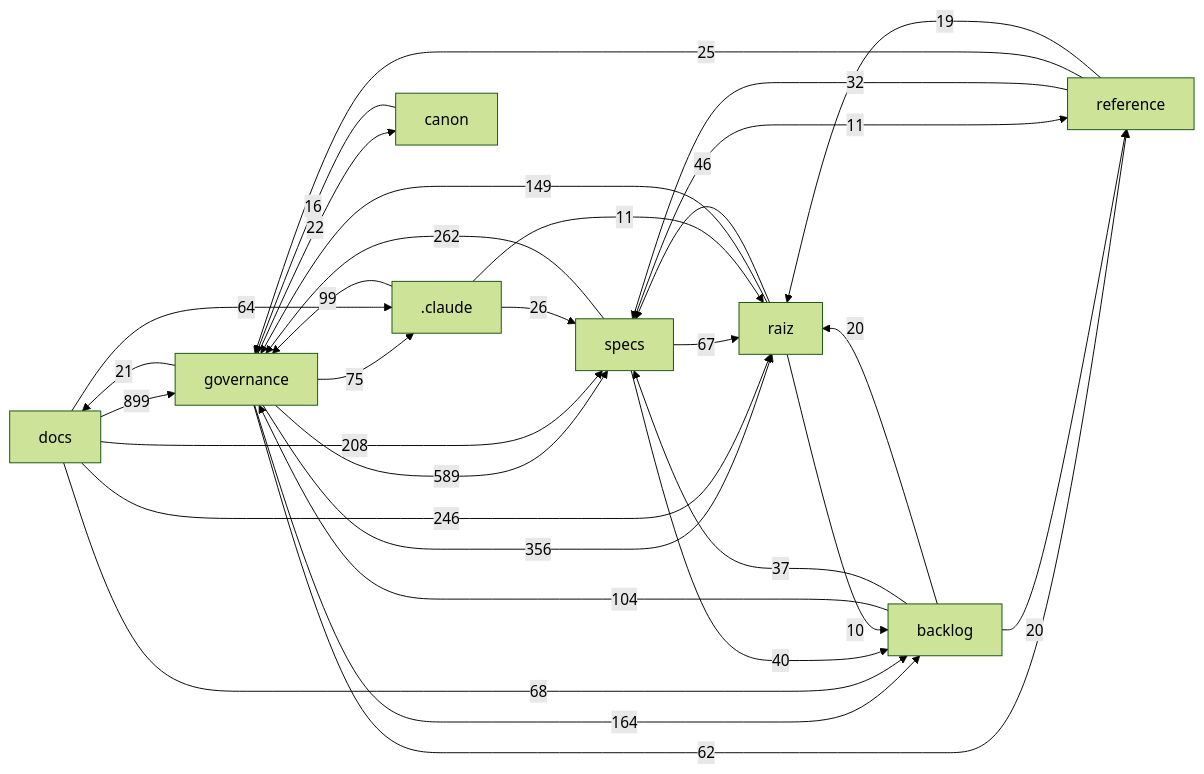
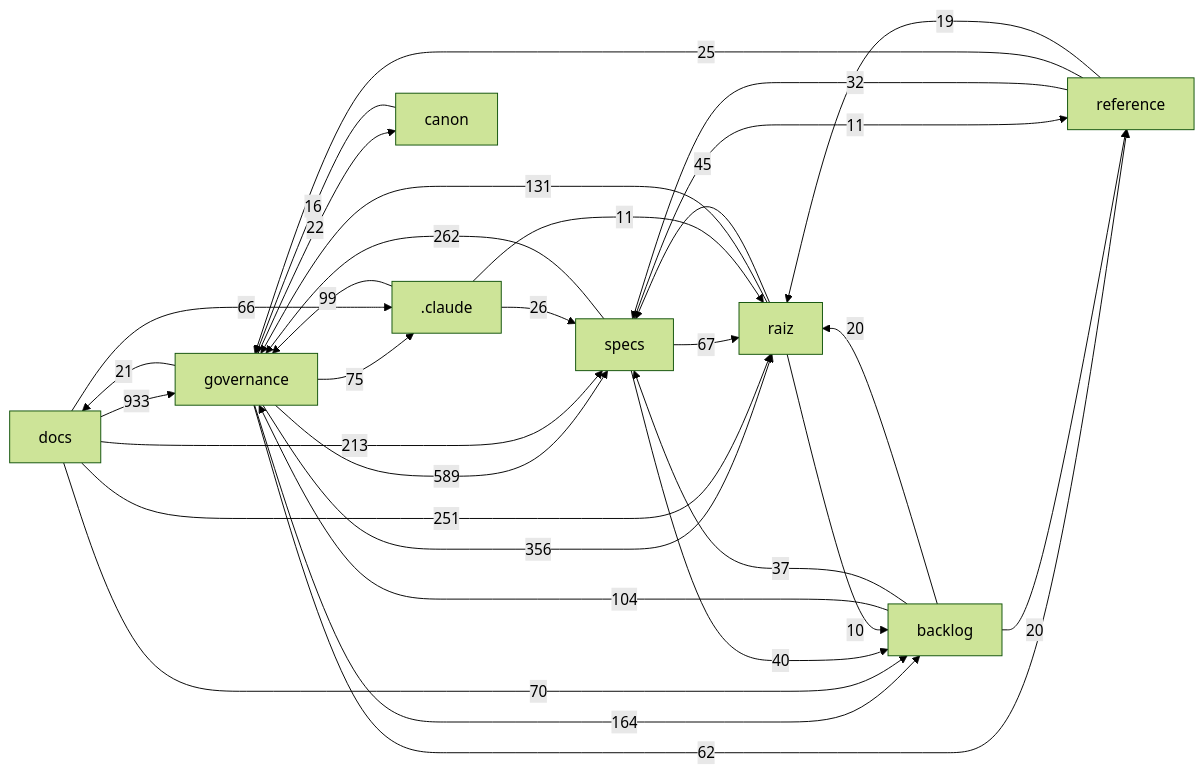
Before and after one commit to Andraus35/Sistema-Operacional-de-Trading--SOT: the diagram in docs/mapa/MAPA-PROJETO.md, drawn with Mermaid (forest theme). The commit also changed other lines of this file and 3 other files, not shown here.

````diff
--- a/docs/mapa/MAPA-PROJETO.md
+++ b/docs/mapa/MAPA-PROJETO.md
@@ -29,33 +29,33 @@
 ```mermaid
 flowchart LR
-  docs["docs"] -->|899| governance["governance"]
+  docs["docs"] -->|933| governance["governance"]
   governance["governance"] -->|589| specs["specs"]
   governance["governance"] -->|356| raiz["raiz"]
   specs["specs"] -->|262| governance["governance"]
-  docs["docs"] -->|246| raiz["raiz"]
-  docs["docs"] -->|208| specs["specs"]
+  docs["docs"] -->|251| raiz["raiz"]
+  docs["docs"] -->|213| specs["specs"]
   governance["governance"] -->|164| backlog["backlog"]
-  raiz["raiz"] -->|149| governance["governance"]
+  raiz["raiz"] -->|131| governance["governance"]
   backlog["backlog"] -->|104| governance["governance"]
   _claude[".claude"] -->|99| governance["governance"]
   governance["governance"] -->|75| _claude[".claude"]
-  docs["docs"] -->|68| backlog["backlog"]
+  docs["docs"] -->|70| backlog["backlog"]
   specs["specs"] -->|67| raiz["raiz"]
-  docs["docs"] -->|64| _claude[".claude"]
+  docs["docs"] -->|66| _claude[".claude"]
   governance["governance"] -->|62| reference["reference"]
-  raiz["raiz"] -->|46| specs["specs"]
+  raiz["raiz"] -->|45| specs["specs"]
   specs["specs"] -->|40| backlog["backlog"]
   backlog["backlog"] -->|37| specs["specs"]
   reference["reference"] -->|32| specs["specs"]
   _claude[".claude"] -->|26| specs["specs"]
   reference["reference"] -->|25| governance["governance"]
   governance["governance"] -->|22| canon["canon"]
   governance["governance"] -->|21| docs["docs"]
   backlog["backlog"] -->|20| raiz["raiz"]
   backlog["backlog"] -->|20| reference["reference"]
   reference["reference"] -->|19| raiz["raiz"]
   canon["canon"] -->|16| governance["governance"]
   _claude[".claude"] -->|11| raiz["raiz"]
   specs["specs"] -->|11| reference["reference"]
   raiz["raiz"] -->|10| backlog["backlog"]
 ```
````
